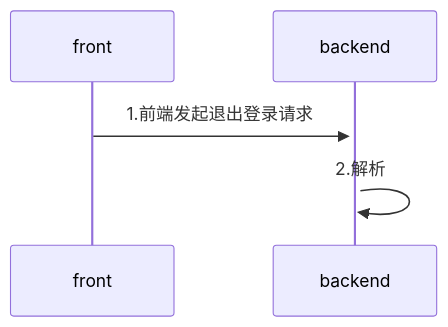
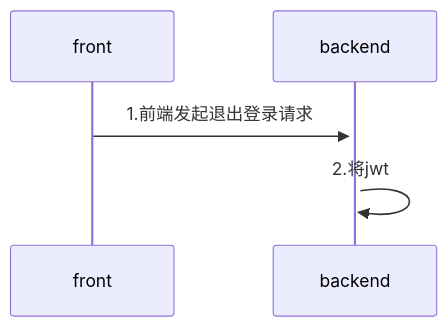
One commit to yingjianzh/iodraw-files changed the diagram in all/未命名-4.md. Above: the diagram before and after it, drawn with Mermaid.

Commit message:
2024-08-05 11:18:29 update

````diff
--- a/all/未命名-4.md
+++ b/all/未命名-4.md
@@ -1,6 +1,6 @@
 ```mermaid
 sequenceDiagram
     front->>+backend: 1.前端发起退出登录请求
-    backend->>backend: 2.解析
+    backend->>backend: 2.将jwt
    
 ```
````
